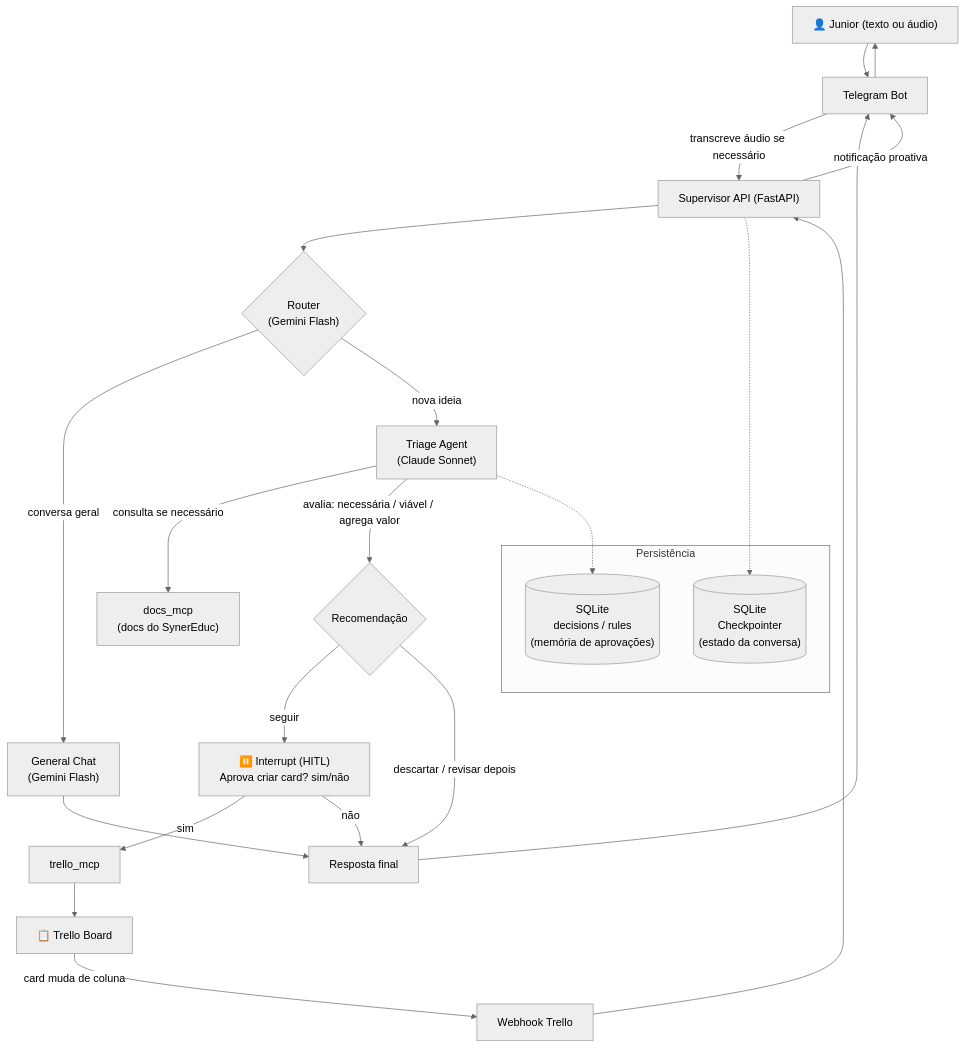
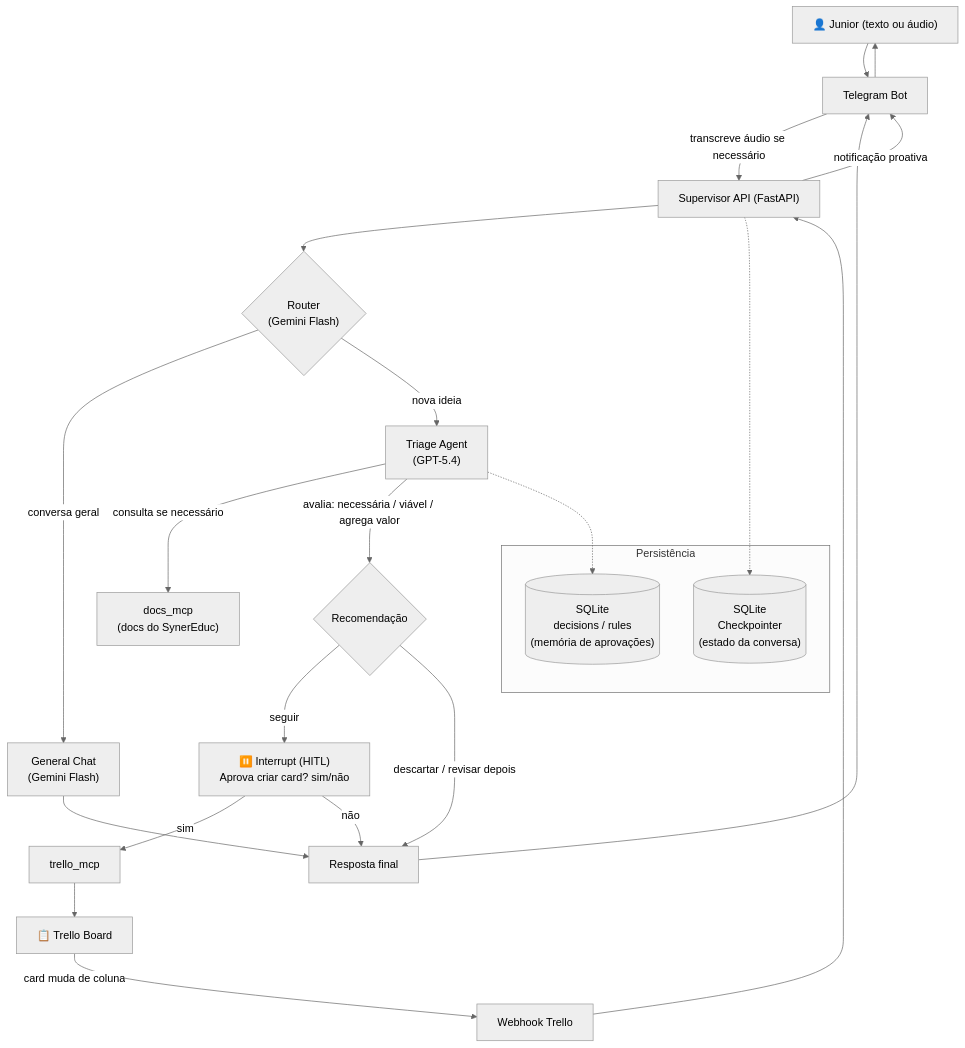
One commit to jjsjunior3/personal-agent-system changed the diagram in README.md. Above: the diagram before and after it, drawn with Mermaid (neutral theme). The commit also changed other lines of this file and 1 other file, not shown here.

````diff
--- a/README.md
+++ b/README.md
@@ -13,35 +13,35 @@
 ```mermaid
 flowchart TD
     U["👤 Junior (texto ou áudio)"] --> TG["Telegram Bot"]
     TG -->|transcreve áudio se necessário| API["Supervisor API (FastAPI)"]
 
     API --> ROUTER{"Router\n(Gemini Flash)"}
     ROUTER -->|conversa geral| GC["General Chat\n(Gemini Flash)"]
-    ROUTER -->|nova ideia| TRIAGE["Triage Agent\n(Claude Sonnet)"]
+    ROUTER -->|nova ideia| TRIAGE["Triage Agent\n(GPT-5.4)"]
 
     TRIAGE -->|consulta se necessário| DOCS["docs_mcp\n(docs do SynerEduc)"]
     TRIAGE -->|avalia: necessária / viável / agrega valor| DECISION{"Recomendação"}
 
     DECISION -->|seguir| HITL["⏸️ Interrupt (HITL)\nAprova criar card? sim/não"]
     DECISION -->|descartar / revisar depois| RESP["Resposta final"]
 
     HITL -->|sim| TRELLO_MCP["trello_mcp"]
     HITL -->|não| RESP
     TRELLO_MCP --> BOARD["📋 Trello Board"]
 
     GC --> RESP
     RESP --> TG
     TG --> U
 
     BOARD -->|card muda de coluna| WEBHOOK["Webhook Trello"]
     WEBHOOK --> API
     API -->|notificação proativa| TG
 
     subgraph Persistência
         CKPT[("SQLite\nCheckpointer\n(estado da conversa)")]
         LOG[("SQLite\ndecisions / rules\n(memória de aprovações)")]
     end
 
     API -.-> CKPT
     TRIAGE -.-> LOG
 ```
````
